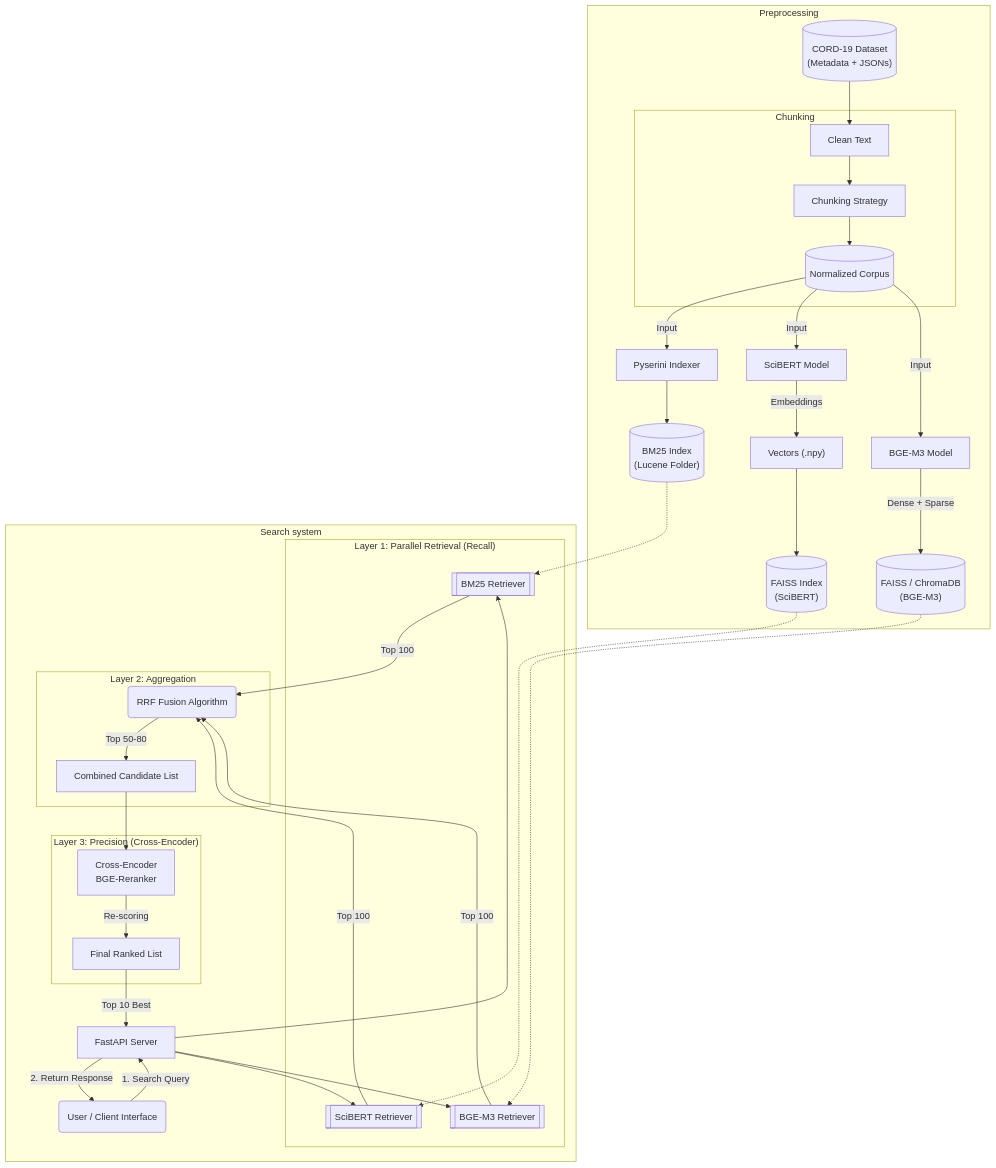
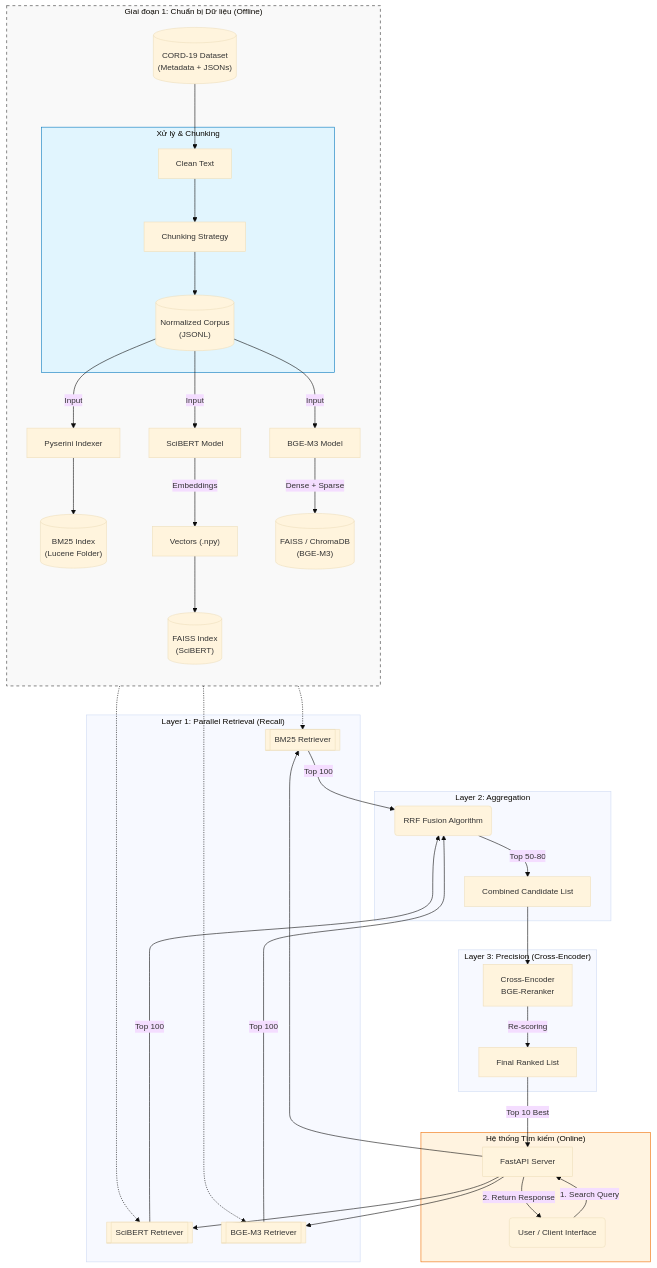
One commit to Mash-Woo/trec_covid changed the diagram in README.md. Above: the diagram before and after it, drawn with Mermaid.

````diff
--- a/README.md
+++ b/README.md
@@ -1,80 +1,92 @@
 ```mermaid
+%%{init: {'theme': 'base', 'themeVariables': { 'fontSize': '14px', 'fontFamily': 'arial' }}}%%
 flowchart TB
-  %% --- KHAI BÁO CÁC NHÓM (SUBGRAPH) ---
-  subgraph Preprocessing ["Chunking"]
-    Step1["Clean Text"]
-    Step2["Chunking Strategy"]
-    JSONL[("Normalized Corpus")]
+  %% --- KHỐI GIAI ĐOẠN 1 (OFFLINE) ---
+  subgraph Offline_Process ["Giai đoạn 1: Chuẩn bị Dữ liệu (Offline)"]
+    direction TB
+    RawData[("CORD-19 Dataset<br/>(Metadata + JSONs)")]
+
+    %% Lồng Subgraph Chunking vào trong cho đúng logic
+    subgraph Preprocessing_Group ["Xử lý & Chunking"]
+        Step1["Clean Text"]
+        Step2["Chunking Strategy"]
+        JSONL[("Normalized Corpus<br/>(JSONL)")]
+    end
+    
+    %% Luồng dữ liệu nội bộ
+    RawData --> Step1
+    Step1 --> Step2
+    Step2 --> JSONL
+
+    %% Các nhánh Indexing
+    Pyserini["Pyserini Indexer"]
+    Index_BM25[("BM25 Index<br/>(Lucene Folder)")]
+    
+    SciBERT["SciBERT Model"]
+    Vector_Sci["Vectors (.npy)"]
+    Index_SciBERT[("FAISS Index<br/>(SciBERT)")]
+    
+    BGE["BGE-M3 Model"]
+    Index_BGE[("FAISS / ChromaDB<br/>(BGE-M3)")]
+
+    %% Kết nối từ JSONL sang các nhánh
+    JSONL -- Input --> Pyserini & SciBERT & BGE
+    Pyserini --> Index_BM25
+    SciBERT -- Embeddings --> Vector_Sci
+    Vector_Sci --> Index_SciBERT
+    BGE -- Dense + Sparse --> Index_BGE
   end
 
-  subgraph Offline_Process ["Preprocessing"]
-    RawData[("CORD-19 Dataset\n(Metadata + JSONs)")]
-    Preprocessing
-    
-    %% Nhánh BM25
-    Pyserini["Pyserini Indexer"]
-    Index_BM25[("BM25 Index\n(Lucene Folder)")]
-    
-    %% Nhánh SciBERT
-    SciBERT["SciBERT Model"]
-    Vector_Sci["Vectors (.npy)"]
-    Index_SciBERT[("FAISS Index\n(SciBERT)")]
-    
-    %% Nhánh BGE
-    BGE["BGE-M3 Model"]
-    Index_BGE[("FAISS / ChromaDB\n(BGE-M3)")]
-  end
-
+  %% --- KHỐI RETRIEVAL ---
   subgraph Retrieval_Layer ["Layer 1: Parallel Retrieval (Recall)"]
     Ret_BM25[["BM25 Retriever"]]
     Ret_SciBERT[["SciBERT Retriever"]]
     Ret_BGE[["BGE-M3 Retriever"]]
   end
 
+  %% --- KHỐI FUSION ---
   subgraph Fusion_Layer ["Layer 2: Aggregation"]
     RRF("RRF Fusion Algorithm")
     Candidates["Combined Candidate List"]
   end
 
+  %% --- KHỐI RERANKING ---
   subgraph Reranking_Layer ["Layer 3: Precision (Cross-Encoder)"]
-    CrossEnc["Cross-Encoder\nBGE-Reranker"]
+    CrossEnc["Cross-Encoder<br/>BGE-Reranker"]
     SortedList["Final Ranked List"]
   end
 
-  subgraph Online_Serving ["Search system"]
+  %% --- KHỐI ONLINE SERVING ---
+  subgraph Online_Serving ["Hệ thống Tìm kiếm (Online)"]
     Client("User / Client Interface")
     FastAPI["FastAPI Server"]
-    Retrieval_Layer
-    Fusion_Layer
-    Reranking_Layer
   end
 
-  %% --- ĐỊNH NGHĨA LUỒNG DỮ LIỆU ---
-  RawData --> Step1
-  Step1 --> Step2
-  Step2 --> JSONL
-  JSONL -- Input --> Pyserini & SciBERT & BGE
+  %% --- ĐỊNH NGHĨA LUỒNG DỮ LIỆU GIỮA CÁC KHỐI ---
   
-  Pyserini --> Index_BM25
-  SciBERT -- Embeddings --> Vector_Sci
-  Vector_Sci --> Index_SciBERT
-  BGE -- Dense + Sparse --> Index_BGE
-  
-  Client -- "1. Search Query" --> FastAPI
-  
+  %% Kết nối Index sang Retriever (Dùng nét đứt biểu thị việc đọc file index)
   Index_BM25 -.-> Ret_BM25
   Index_SciBERT -.-> Ret_SciBERT
   Index_BGE -.-> Ret_BGE
   
+  %% Luồng người dùng
+  Client -- "1. Search Query" --> FastAPI
   FastAPI --> Ret_BM25 & Ret_SciBERT & Ret_BGE
   
+  %% Kết quả Retrieval
   Ret_BM25 -- Top 100 --> RRF
   Ret_SciBERT -- Top 100 --> RRF
   Ret_BGE -- Top 100 --> RRF
   
+  %% Xử lý kết quả
   RRF -- "Top 50-80" --> Candidates
   Candidates --> CrossEnc
   CrossEnc -- "Re-scoring" --> SortedList
   SortedList -- Top 10 Best --> FastAPI
   FastAPI -- "2. Return Response" --> Client
+
+  %% --- STYLE (Tùy chọn màu sắc cho đẹp) ---
+  style Offline_Process fill:#f9f9f9,stroke:#333,stroke-dasharray: 5 5
+  style Preprocessing_Group fill:#e1f5fe,stroke:#0277bd
+  style Online_Serving fill:#fff3e0,stroke:#ef6c00
 ```
````
